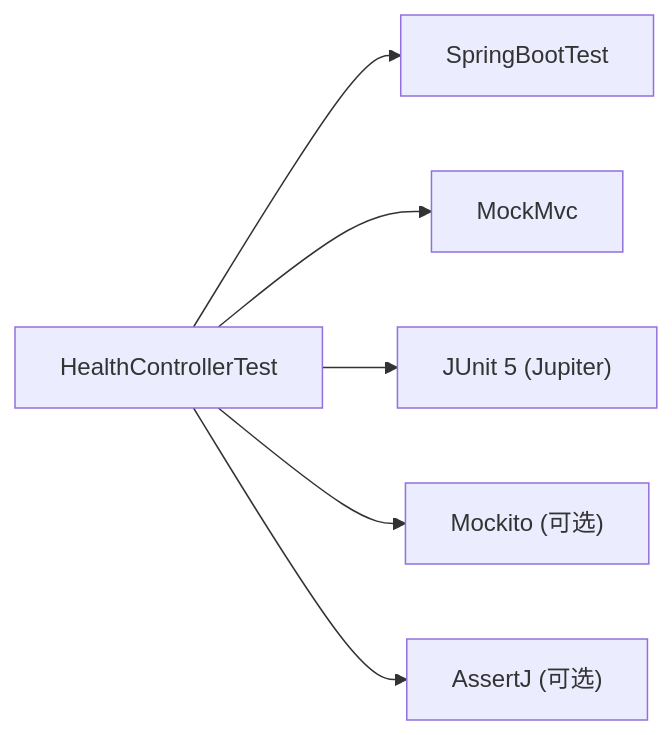
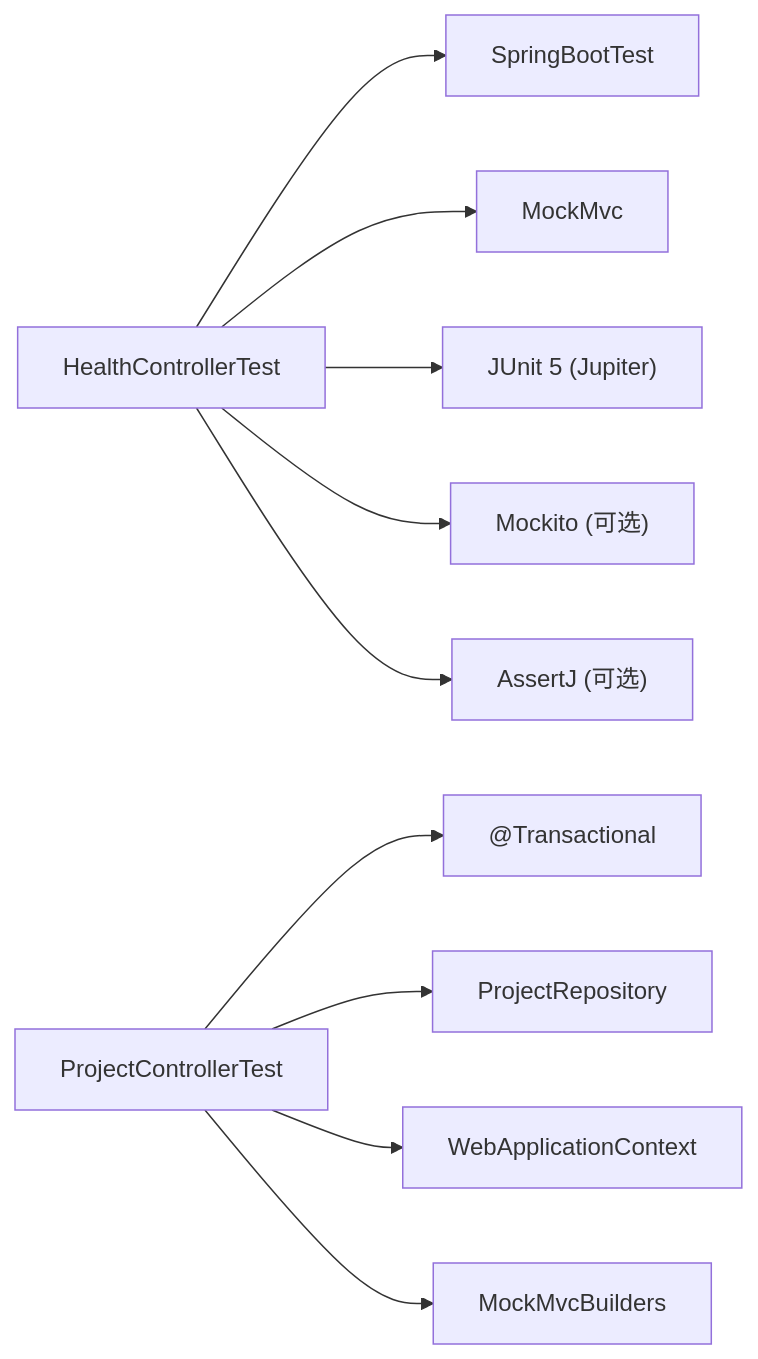
One commit to zhou9832/test1-qoder changed the fourth of 4 diagrams in .qoder/repowiki/zh/content/测试指南.md. Above: the diagram before and after it, drawn with Mermaid. The commit also changed other lines of this file and 48 other files, not shown here.

````diff
--- a/.qoder/repowiki/zh/content/测试指南.md
+++ b/.qoder/repowiki/zh/content/测试指南.md
@@ -174,8 +265,12 @@
 ```mermaid
 graph LR
 A["HealthControllerTest"] --> B["SpringBootTest"]
 A --> C["MockMvc"]
 A --> D["JUnit 5 (Jupiter)"]
 A --> E["Mockito (可选)"]
 A --> F["AssertJ (可选)"]
+G["ProjectControllerTest"] --> H["@Transactional"]
+G --> I["ProjectRepository"]
+G --> J["WebApplicationContext"]
+G --> K["MockMvcBuilders"]
 ```
````
